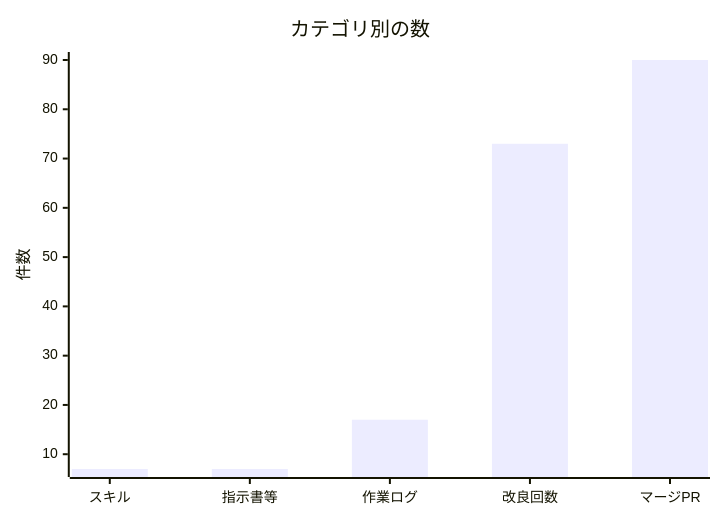
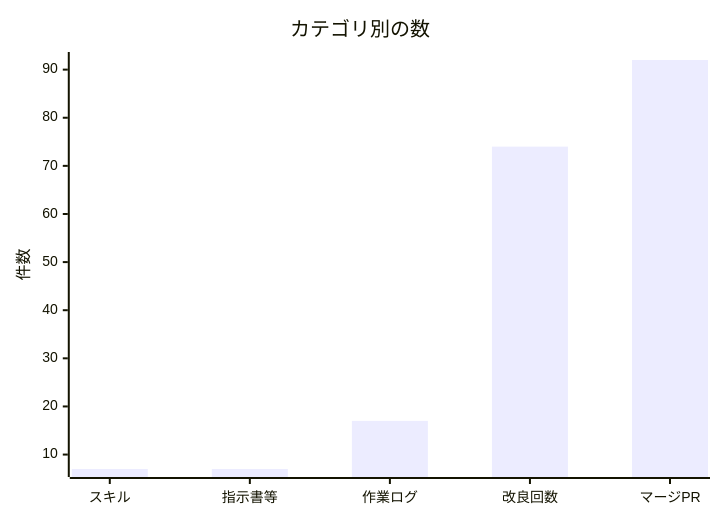
The second of 2 diagrams in docs/進化レポート.md (non-x2/non-x2), drawn with Mermaid before and after one commit. The commit also changed other lines of this file and 3 other files, not shown here.

````diff
--- a/docs/進化レポート.md
+++ b/docs/進化レポート.md
@@ -33,7 +33,7 @@
 ```mermaid
 xychart-beta
     title "カテゴリ別の数"
     x-axis ["スキル", "指示書等", "作業ログ", "改良回数", "マージPR"]
     y-axis "件数"
-    bar [7, 7, 17, 73, 90]
+    bar [7, 7, 17, 74, 92]
 ```
````
